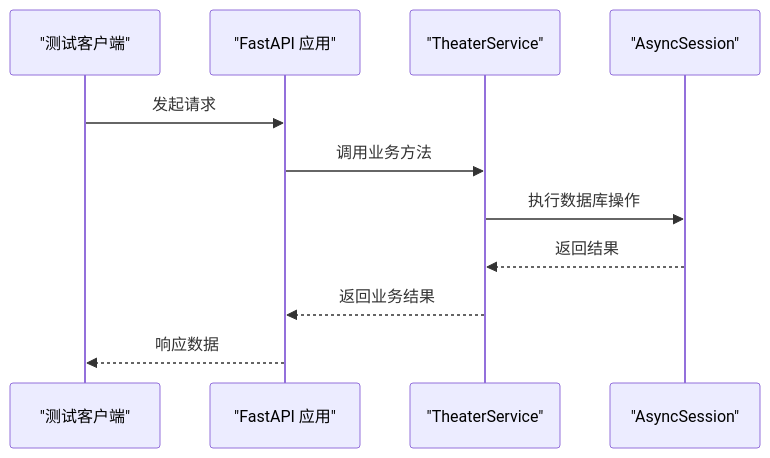
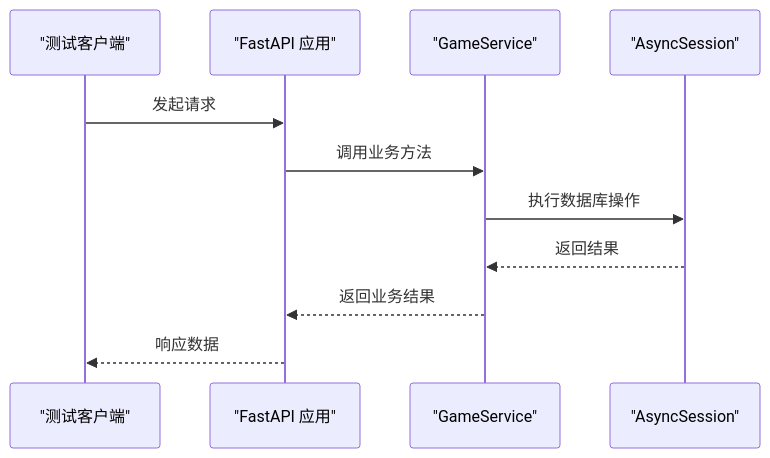
The fourth of 5 diagrams in .qoder/repowiki/zh/content/开发工具链/测试框架.md (KunLabAI/KunFlix), drawn with Mermaid before and after one commit. The commit also changed other lines of this file and 88 other files, not shown here.

````diff
--- a/.qoder/repowiki/zh/content/开发工具链/测试框架.md
+++ b/.qoder/repowiki/zh/content/开发工具链/测试框架.md
@@ -224,13 +261,13 @@
 ```mermaid
 sequenceDiagram
 participant Client as "测试客户端"
 participant App as "FastAPI 应用"
-participant Svc as "TheaterService"
+participant Svc as "GameService"
 participant DB as "AsyncSession"
 Client->>App : 发起请求
 App->>Svc : 调用业务方法
 Svc->>DB : 执行数据库操作
 DB-->>Svc : 返回结果
 Svc-->>App : 返回业务结果
 App-->>Client : 响应数据
 ```
````
